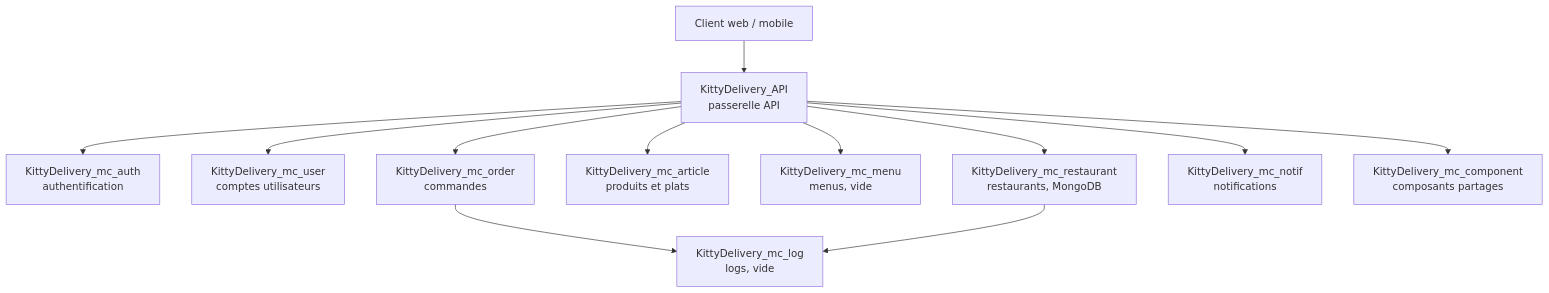
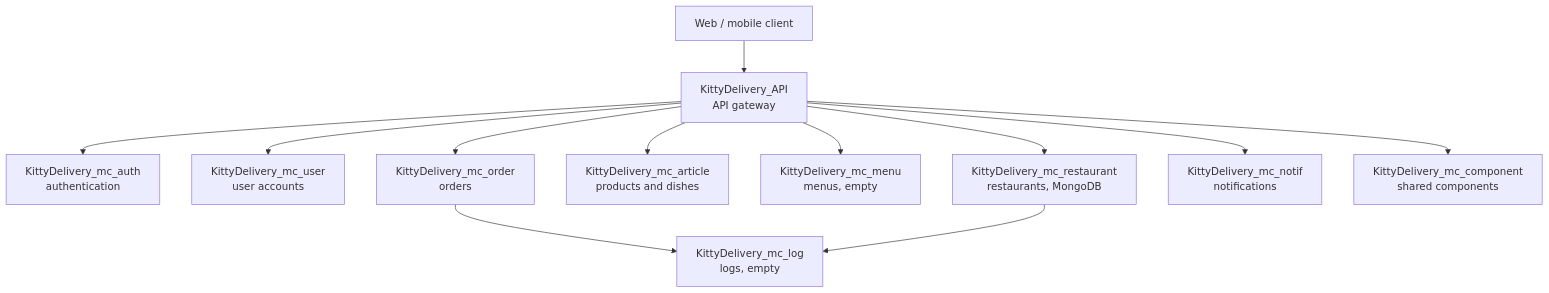
One commit to kitty-delivery/kittydelivery-core changed the diagram in README.md. Above: the diagram before and after it, drawn with Mermaid. The commit also changed other lines of this file and 1 other file, not shown here.

````diff
--- a/README.md
+++ b/README.md
@@ -41,14 +42,14 @@
 ```mermaid
 graph TD
-    Client[Client web / mobile] --> API[KittyDelivery_API<br/>passerelle API]
-    API --> Auth[KittyDelivery_mc_auth<br/>authentification]
-    API --> User[KittyDelivery_mc_user<br/>comptes utilisateurs]
+    Client[Web / mobile client] --> API[KittyDelivery_API<br/>API gateway]
+    API --> Auth[KittyDelivery_mc_auth<br/>authentication]
+    API --> User[KittyDelivery_mc_user<br/>user accounts]
     API --> Restaurant[KittyDelivery_mc_restaurant<br/>restaurants, MongoDB]
-    API --> Article[KittyDelivery_mc_article<br/>produits et plats]
-    API --> Menu[KittyDelivery_mc_menu<br/>menus, vide]
-    API --> Order[KittyDelivery_mc_order<br/>commandes]
+    API --> Article[KittyDelivery_mc_article<br/>products and dishes]
+    API --> Menu[KittyDelivery_mc_menu<br/>menus, empty]
+    API --> Order[KittyDelivery_mc_order<br/>orders]
     API --> Notif[KittyDelivery_mc_notif<br/>notifications]
-    API --> Component[KittyDelivery_mc_component<br/>composants partages]
-    Order --> Log[KittyDelivery_mc_log<br/>logs, vide]
+    API --> Component[KittyDelivery_mc_component<br/>shared components]
+    Order --> Log[KittyDelivery_mc_log<br/>logs, empty]
     Restaurant --> Log
 ```
````
